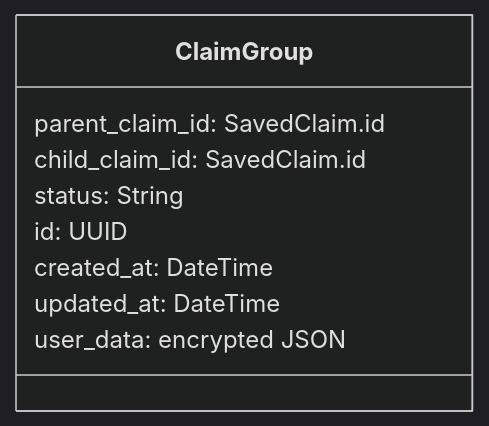
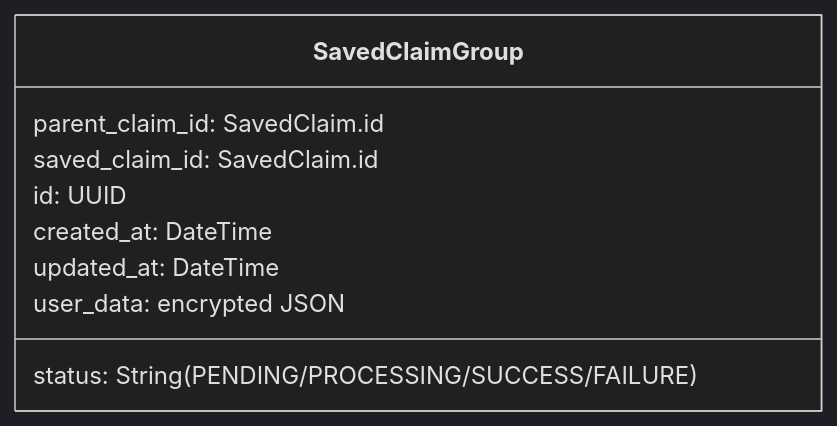
Before and after one commit to department-of-veterans-affairs/vets-api: the first of 4 diagrams in modules/dependents_benefits/documentation/data_flow_diagrams/class_diagrams.md, drawn with Mermaid (dark theme). The commit also changed other lines of this file and 7 other files, not shown here.

````diff
--- a/modules/dependents_benefits/documentation/data_flow_diagrams/class_diagrams.md
+++ b/modules/dependents_benefits/documentation/data_flow_diagrams/class_diagrams.md
@@ -3,12 +3,12 @@
 ```mermaid
 classDiagram
-class ClaimGroup {
+class SavedClaimGroup {
 	parent_claim_id: SavedClaim.id
-	child_claim_id: SavedClaim.id
-	status: String
+	saved_claim_id: SavedClaim.id
+	status: String (PENDING/PROCESSING/SUCCESS/FAILURE)
 	id: UUID
 	created_at: DateTime
 	updated_at: DateTime
 	user_data: encrypted JSON
 }
 ```
````
